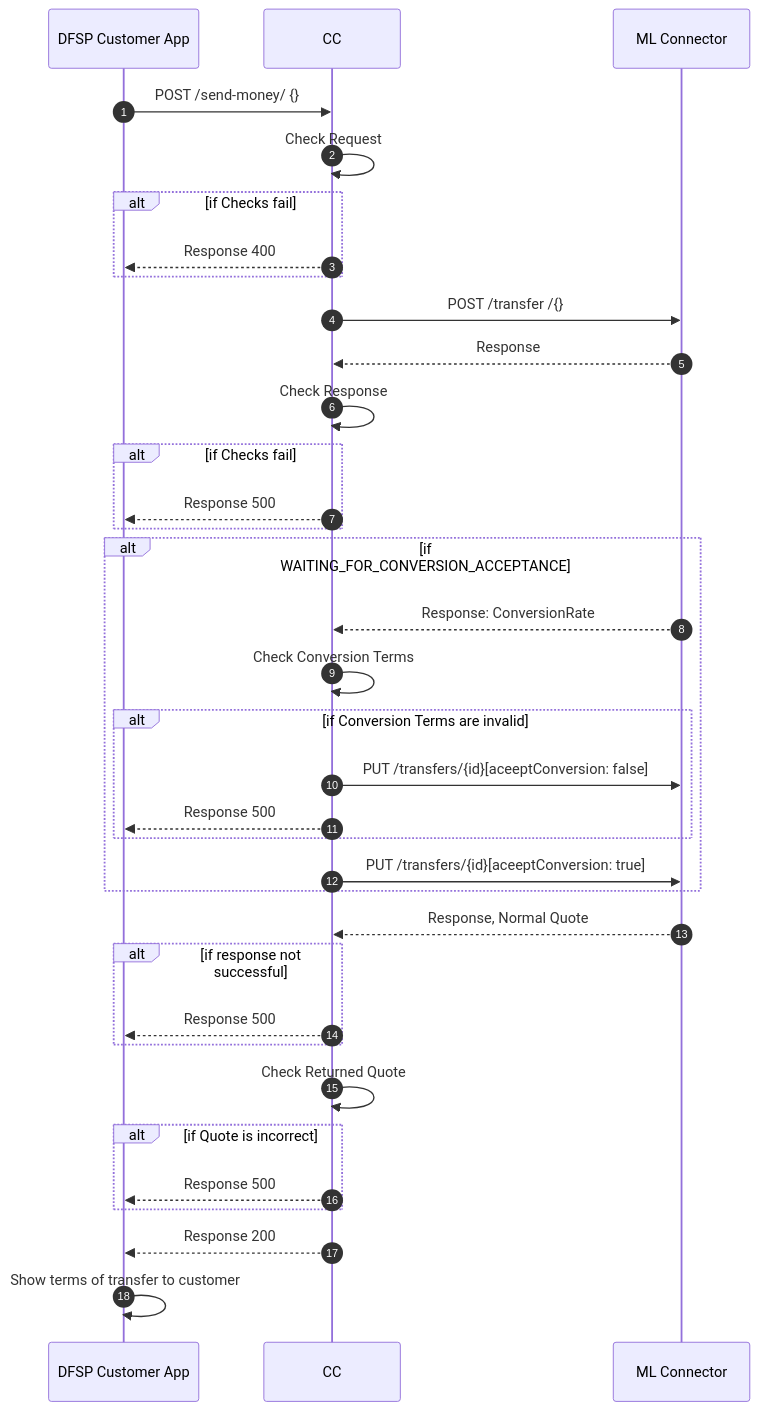
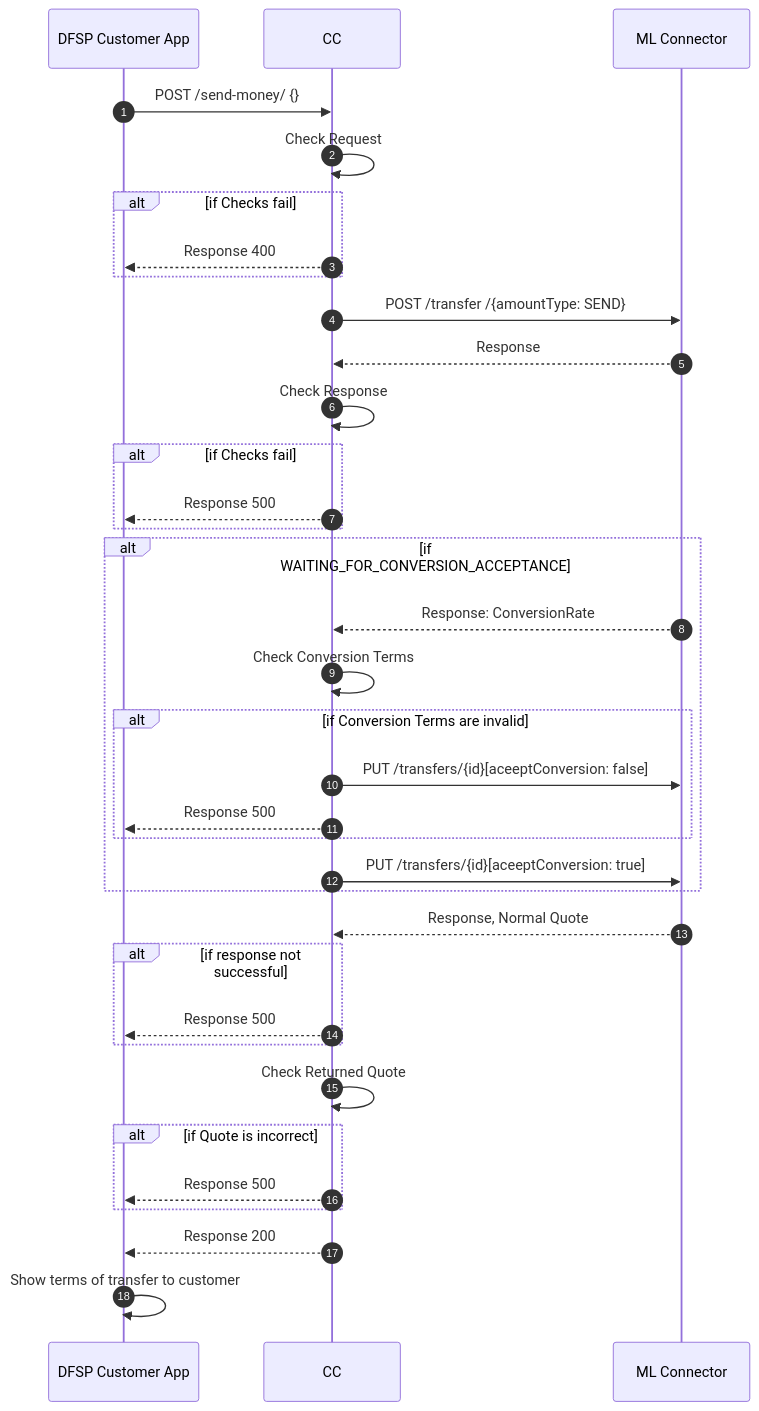
One commit to mojaloop/ml-reference-connectors changed the diagram in core-connector-template/docs/payer-send-money.md. Above: the diagram before and after it, drawn with Mermaid. The commit also changed 5 other files, not shown here.

````diff
--- a/core-connector-template/docs/payer-send-money.md
+++ b/core-connector-template/docs/payer-send-money.md
@@ -3,35 +3,35 @@
 ```mermaid
 sequenceDiagram
   autoNumber
   DFSP Customer App->>CC: POST /send-money/ {}
   CC->>CC: Check Request
   Alt if Checks fail
   CC-->>DFSP Customer App: Response 400
   End
-  CC->>ML Connector: POST /transfer /{}
+  CC->>ML Connector: POST /transfer /{amountType: SEND} 
   ML Connector-->>CC: Response
   CC->> CC: Check Response
   Alt if Checks fail
   CC-->>DFSP Customer App: Response 500
   End
 
   Alt if WAITING_FOR_CONVERSION_ACCEPTANCE
   ML Connector-->>CC: Response: ConversionRate
   CC->>CC: Check Conversion Terms
   Alt if Conversion Terms are invalid
   CC->>ML Connector: PUT /transfers/{id}[aceeptConversion: false]
   CC-->>DFSP Customer App: Response 500
   End
   CC->>ML Connector: PUT /transfers/{id}[aceeptConversion: true]
   End
   ML Connector-->>CC:Response, Normal Quote
   Alt if response not successful
   CC-->>DFSP Customer App: Response 500
   End
   CC->>CC: Check Returned Quote
   Alt if Quote is incorrect
   CC-->>DFSP Customer App: Response 500
   End
   CC-->>DFSP Customer App: Response 200
   DFSP Customer App->>DFSP Customer App:Show terms of transfer to customer
 ```
````
